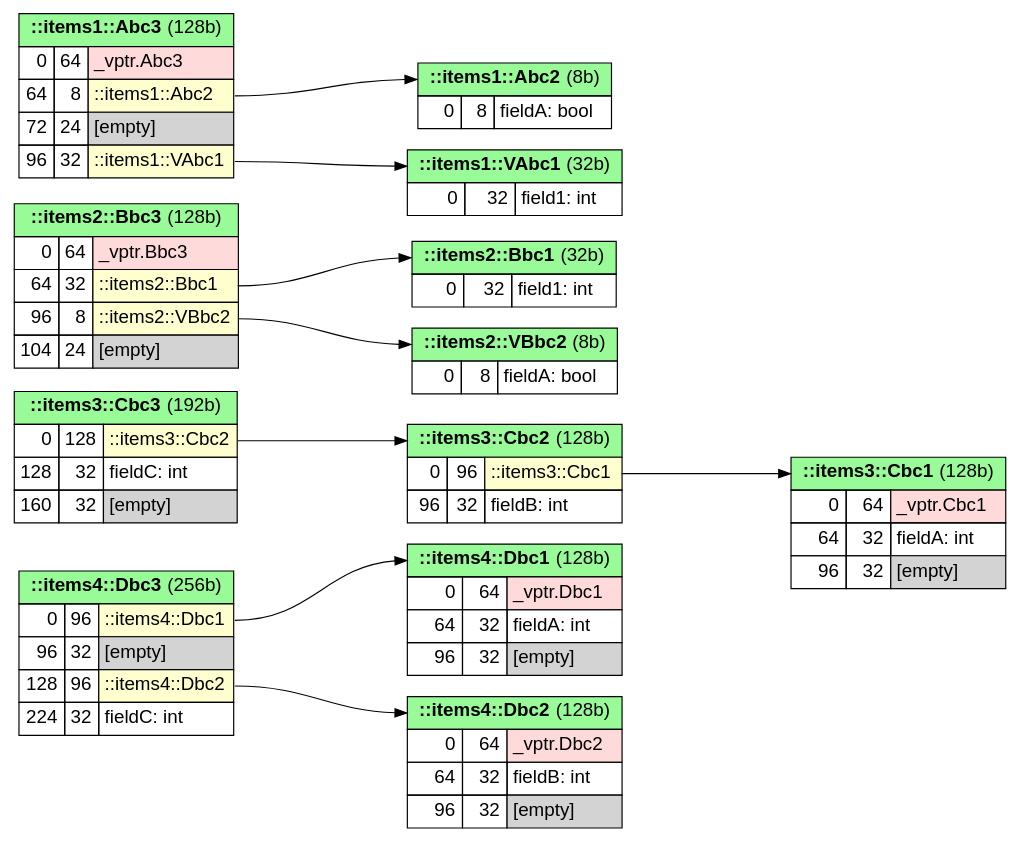
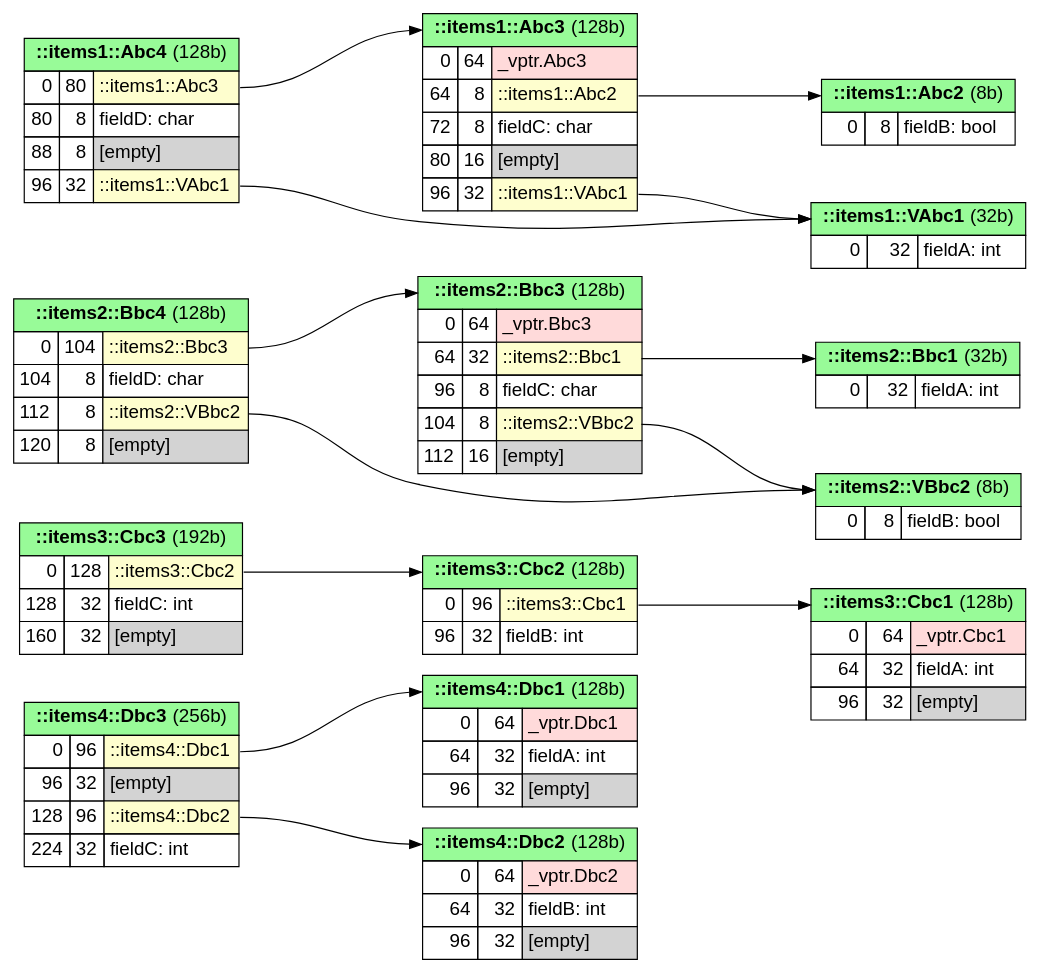
Before and after one commit to anetczuk/gcc-uml: the diagram in examples/memlayout/mem_virt.cpp.dot, drawn with Graphviz. The commit also changed 16 other files, not shown here.

```diff
--- a/examples/memlayout/mem_virt.cpp.dot
+++ b/examples/memlayout/mem_virt.cpp.dot
@@ -1,159 +1,189 @@
 digraph memory_layout {
 
 fontname="Helvetica,Arial,sans-serif"
 node [fontname="Helvetica,Arial,sans-serif"]
 edge [fontname="Helvetica,Arial,sans-serif"]
 
 graph [
     rankdir = "LR"
 ];
 node [
     fontsize = "16"
     shape = "record"
 ];
 
 ranksep = 2
 
 
 # items subgraph
 {
 
     "-items4-Dbc3" [
         shape=plain
         label=
         <<table border="0" cellborder="1" cellspacing="0" cellpadding="4">
             <tr> <td colspan="3" bgcolor="PaleGreen" port='-1'> <b>::items4::Dbc3</b>  (256b)</td> </tr>
             <tr> <td align="right" port='in_0'>0</td> <td align="right">96</td> <td align="left" bgcolor='#FEFECE' port='out_0'>::items4::Dbc1</td> </tr>
             <tr> <td align="right" port='in_1'>96</td> <td align="right">32</td> <td align="left" bgcolor='lightgray' port='out_1'>[empty]</td> </tr>
             <tr> <td align="right" port='in_2'>128</td> <td align="right">96</td> <td align="left" bgcolor='#FEFECE' port='out_2'>::items4::Dbc2</td> </tr>
             <tr> <td align="right" port='in_3'>224</td> <td align="right">32</td> <td align="left" port='out_3'>fieldC: int</td> </tr>
         </table>>
     ]
 
     "-items4-Dbc2" [
         shape=plain
         label=
         <<table border="0" cellborder="1" cellspacing="0" cellpadding="4">
             <tr> <td colspan="3" bgcolor="PaleGreen" port='-1'> <b>::items4::Dbc2</b>  (128b)</td> </tr>
             <tr> <td align="right" port='in_0'>0</td> <td align="right">64</td> <td align="left" bgcolor='#ffdada' port='out_0'>_vptr.Dbc2</td> </tr>
             <tr> <td align="right" port='in_1'>64</td> <td align="right">32</td> <td align="left" port='out_1'>fieldB: int</td> </tr>
             <tr> <td align="right" port='in_2'>96</td> <td align="right">32</td> <td align="left" bgcolor='lightgray' port='out_2'>[empty]</td> </tr>
         </table>>
     ]
 
     "-items4-Dbc1" [
         shape=plain
         label=
         <<table border="0" cellborder="1" cellspacing="0" cellpadding="4">
             <tr> <td colspan="3" bgcolor="PaleGreen" port='-1'> <b>::items4::Dbc1</b>  (128b)</td> </tr>
             <tr> <td align="right" port='in_0'>0</td> <td align="right">64</td> <td align="left" bgcolor='#ffdada' port='out_0'>_vptr.Dbc1</td> </tr>
             <tr> <td align="right" port='in_1'>64</td> <td align="right">32</td> <td align="left" port='out_1'>fieldA: int</td> </tr>
             <tr> <td align="right" port='in_2'>96</td> <td align="right">32</td> <td align="left" bgcolor='lightgray' port='out_2'>[empty]</td> </tr>
         </table>>
     ]
 
     "-items3-Cbc3" [
         shape=plain
         label=
         <<table border="0" cellborder="1" cellspacing="0" cellpadding="4">
             <tr> <td colspan="3" bgcolor="PaleGreen" port='-1'> <b>::items3::Cbc3</b>  (192b)</td> </tr>
             <tr> <td align="right" port='in_0'>0</td> <td align="right">128</td> <td align="left" bgcolor='#FEFECE' port='out_0'>::items3::Cbc2</td> </tr>
             <tr> <td align="right" port='in_1'>128</td> <td align="right">32</td> <td align="left" port='out_1'>fieldC: int</td> </tr>
             <tr> <td align="right" port='in_2'>160</td> <td align="right">32</td> <td align="left" bgcolor='lightgray' port='out_2'>[empty]</td> </tr>
         </table>>
     ]
 
     "-items3-Cbc2" [
         shape=plain
         label=
         <<table border="0" cellborder="1" cellspacing="0" cellpadding="4">
             <tr> <td colspan="3" bgcolor="PaleGreen" port='-1'> <b>::items3::Cbc2</b>  (128b)</td> </tr>
             <tr> <td align="right" port='in_0'>0</td> <td align="right">96</td> <td align="left" bgcolor='#FEFECE' port='out_0'>::items3::Cbc1</td> </tr>
             <tr> <td align="right" port='in_1'>96</td> <td align="right">32</td> <td align="left" port='out_1'>fieldB: int</td> </tr>
         </table>>
     ]
 
     "-items3-Cbc1" [
         shape=plain
         label=
         <<table border="0" cellborder="1" cellspacing="0" cellpadding="4">
             <tr> <td colspan="3" bgcolor="PaleGreen" port='-1'> <b>::items3::Cbc1</b>  (128b)</td> </tr>
             <tr> <td align="right" port='in_0'>0</td> <td align="right">64</td> <td align="left" bgcolor='#ffdada' port='out_0'>_vptr.Cbc1</td> </tr>
             <tr> <td align="right" port='in_1'>64</td> <td align="right">32</td> <td align="left" port='out_1'>fieldA: int</td> </tr>
             <tr> <td align="right" port='in_2'>96</td> <td align="right">32</td> <td align="left" bgcolor='lightgray' port='out_2'>[empty]</td> </tr>
         </table>>
     ]
 
+    "-items2-Bbc4" [
+        shape=plain
+        label=
+        <<table border="0" cellborder="1" cellspacing="0" cellpadding="4">
+            <tr> <td colspan="3" bgcolor="PaleGreen" port='-1'> <b>::items2::Bbc4</b>  (128b)</td> </tr>
+            <tr> <td align="right" port='in_0'>0</td> <td align="right">104</td> <td align="left" bgcolor='#FEFECE' port='out_0'>::items2::Bbc3</td> </tr>
+            <tr> <td align="right" port='in_1'>104</td> <td align="right">8</td> <td align="left" port='out_1'>fieldD: char</td> </tr>
+            <tr> <td align="right" port='in_2'>112</td> <td align="right">8</td> <td align="left" bgcolor='#FEFECE' port='out_2'>::items2::VBbc2</td> </tr>
+            <tr> <td align="right" port='in_3'>120</td> <td align="right">8</td> <td align="left" bgcolor='lightgray' port='out_3'>[empty]</td> </tr>
+        </table>>
+    ]
+
     "-items2-Bbc3" [
         shape=plain
         label=
         <<table border="0" cellborder="1" cellspacing="0" cellpadding="4">
             <tr> <td colspan="3" bgcolor="PaleGreen" port='-1'> <b>::items2::Bbc3</b>  (128b)</td> </tr>
             <tr> <td align="right" port='in_0'>0</td> <td align="right">64</td> <td align="left" bgcolor='#ffdada' port='out_0'>_vptr.Bbc3</td> </tr>
             <tr> <td align="right" port='in_1'>64</td> <td align="right">32</td> <td align="left" bgcolor='#FEFECE' port='out_1'>::items2::Bbc1</td> </tr>
-            <tr> <td align="right" port='in_2'>96</td> <td align="right">8</td> <td align="left" bgcolor='#FEFECE' port='out_2'>::items2::VBbc2</td> </tr>
-            <tr> <td align="right" port='in_3'>104</td> <td align="right">24</td> <td align="left" bgcolor='lightgray' port='out_3'>[empty]</td> </tr>
+            <tr> <td align="right" port='in_2'>96</td> <td align="right">8</td> <td align="left" port='out_2'>fieldC: char</td> </tr>
+            <tr> <td align="right" port='in_3'>104</td> <td align="right">8</td> <td align="left" bgcolor='#FEFECE' port='out_3'>::items2::VBbc2</td> </tr>
+            <tr> <td align="right" port='in_4'>112</td> <td align="right">16</td> <td align="left" bgcolor='lightgray' port='out_4'>[empty]</td> </tr>
         </table>>
     ]
 
     "-items2-VBbc2" [
         shape=plain
         label=
         <<table border="0" cellborder="1" cellspacing="0" cellpadding="4">
             <tr> <td colspan="3" bgcolor="PaleGreen" port='-1'> <b>::items2::VBbc2</b>  (8b)</td> </tr>
-            <tr> <td align="right" port='in_0'>0</td> <td align="right">8</td> <td align="left" port='out_0'>fieldA: bool</td> </tr>
+            <tr> <td align="right" port='in_0'>0</td> <td align="right">8</td> <td align="left" port='out_0'>fieldB: bool</td> </tr>
         </table>>
     ]
 
     "-items2-Bbc1" [
         shape=plain
         label=
         <<table border="0" cellborder="1" cellspacing="0" cellpadding="4">
             <tr> <td colspan="3" bgcolor="PaleGreen" port='-1'> <b>::items2::Bbc1</b>  (32b)</td> </tr>
-            <tr> <td align="right" port='in_0'>0</td> <td align="right">32</td> <td align="left" port='out_0'>field1: int</td> </tr>
+            <tr> <td align="right" port='in_0'>0</td> <td align="right">32</td> <td align="left" port='out_0'>fieldA: int</td> </tr>
+        </table>>
+    ]
+
+    "-items1-Abc4" [
+        shape=plain
+        label=
+        <<table border="0" cellborder="1" cellspacing="0" cellpadding="4">
+            <tr> <td colspan="3" bgcolor="PaleGreen" port='-1'> <b>::items1::Abc4</b>  (128b)</td> </tr>
+            <tr> <td align="right" port='in_0'>0</td> <td align="right">80</td> <td align="left" bgcolor='#FEFECE' port='out_0'>::items1::Abc3</td> </tr>
+            <tr> <td align="right" port='in_1'>80</td> <td align="right">8</td> <td align="left" port='out_1'>fieldD: char</td> </tr>
+            <tr> <td align="right" port='in_2'>88</td> <td align="right">8</td> <td align="left" bgcolor='lightgray' port='out_2'>[empty]</td> </tr>
+            <tr> <td align="right" port='in_3'>96</td> <td align="right">32</td> <td align="left" bgcolor='#FEFECE' port='out_3'>::items1::VAbc1</td> </tr>
         </table>>
     ]
 
     "-items1-Abc3" [
         shape=plain
         label=
         <<table border="0" cellborder="1" cellspacing="0" cellpadding="4">
             <tr> <td colspan="3" bgcolor="PaleGreen" port='-1'> <b>::items1::Abc3</b>  (128b)</td> </tr>
             <tr> <td align="right" port='in_0'>0</td> <td align="right">64</td> <td align="left" bgcolor='#ffdada' port='out_0'>_vptr.Abc3</td> </tr>
             <tr> <td align="right" port='in_1'>64</td> <td align="right">8</td> <td align="left" bgcolor='#FEFECE' port='out_1'>::items1::Abc2</td> </tr>
-            <tr> <td align="right" port='in_2'>72</td> <td align="right">24</td> <td align="left" bgcolor='lightgray' port='out_2'>[empty]</td> </tr>
-            <tr> <td align="right" port='in_3'>96</td> <td align="right">32</td> <td align="left" bgcolor='#FEFECE' port='out_3'>::items1::VAbc1</td> </tr>
+            <tr> <td align="right" port='in_2'>72</td> <td align="right">8</td> <td align="left" port='out_2'>fieldC: char</td> </tr>
+            <tr> <td align="right" port='in_3'>80</td> <td align="right">16</td> <td align="left" bgcolor='lightgray' port='out_3'>[empty]</td> </tr>
+            <tr> <td align="right" port='in_4'>96</td> <td align="right">32</td> <td align="left" bgcolor='#FEFECE' port='out_4'>::items1::VAbc1</td> </tr>
         </table>>
     ]
 
     "-items1-Abc2" [
         shape=plain
         label=
         <<table border="0" cellborder="1" cellspacing="0" cellpadding="4">
             <tr> <td colspan="3" bgcolor="PaleGreen" port='-1'> <b>::items1::Abc2</b>  (8b)</td> </tr>
-            <tr> <td align="right" port='in_0'>0</td> <td align="right">8</td> <td align="left" port='out_0'>fieldA: bool</td> </tr>
+            <tr> <td align="right" port='in_0'>0</td> <td align="right">8</td> <td align="left" port='out_0'>fieldB: bool</td> </tr>
         </table>>
     ]
 
     "-items1-VAbc1" [
         shape=plain
         label=
         <<table border="0" cellborder="1" cellspacing="0" cellpadding="4">
             <tr> <td colspan="3" bgcolor="PaleGreen" port='-1'> <b>::items1::VAbc1</b>  (32b)</td> </tr>
-            <tr> <td align="right" port='in_0'>0</td> <td align="right">32</td> <td align="left" port='out_0'>field1: int</td> </tr>
+            <tr> <td align="right" port='in_0'>0</td> <td align="right">32</td> <td align="left" port='out_0'>fieldA: int</td> </tr>
         </table>>
     ]
 
 
     "-items4-Dbc3":"out_0" -> "-items4-Dbc1":"-1"
     "-items4-Dbc3":"out_2" -> "-items4-Dbc2":"-1"
     "-items3-Cbc3":"out_0" -> "-items3-Cbc2":"-1"
     "-items3-Cbc2":"out_0" -> "-items3-Cbc1":"-1"
+    "-items2-Bbc4":"out_0" -> "-items2-Bbc3":"-1"
+    "-items2-Bbc4":"out_2" -> "-items2-VBbc2":"-1"
     "-items2-Bbc3":"out_1" -> "-items2-Bbc1":"-1"
-    "-items2-Bbc3":"out_2" -> "-items2-VBbc2":"-1"
+    "-items2-Bbc3":"out_3" -> "-items2-VBbc2":"-1"
+    "-items1-Abc4":"out_0" -> "-items1-Abc3":"-1"
+    "-items1-Abc4":"out_3" -> "-items1-VAbc1":"-1"
     "-items1-Abc3":"out_1" -> "-items1-Abc2":"-1"
-    "-items1-Abc3":"out_3" -> "-items1-VAbc1":"-1"
+    "-items1-Abc3":"out_4" -> "-items1-VAbc1":"-1"
 
 }  # end of items subgraph
 
 }  # end of graph
```
